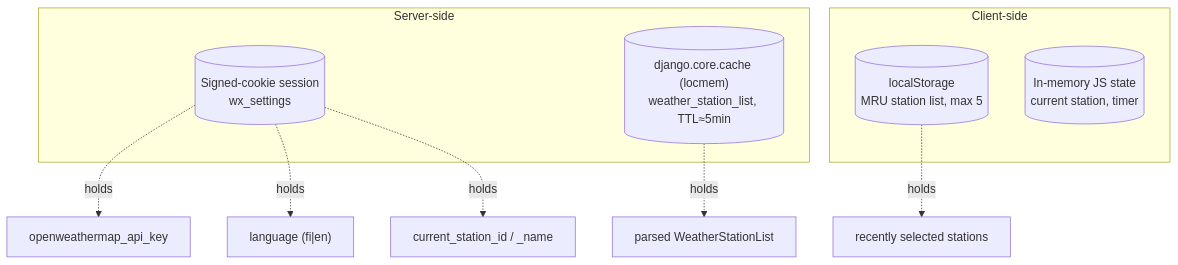
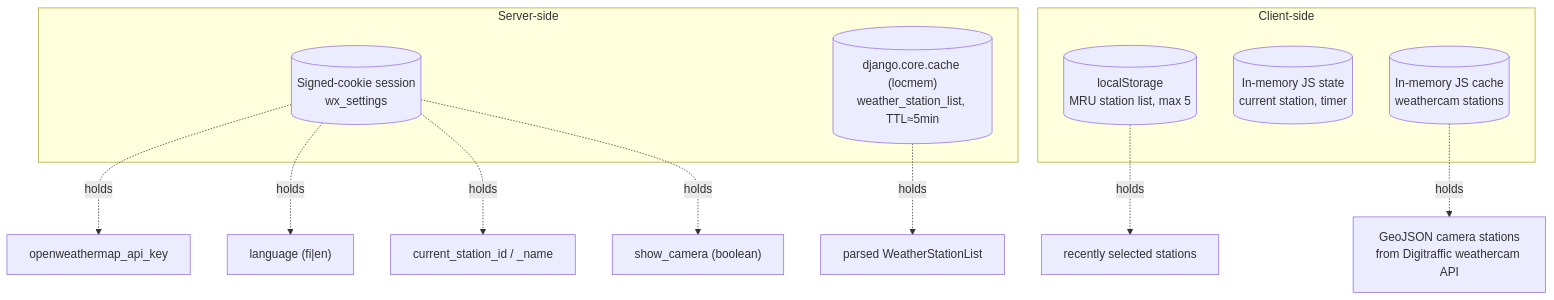
One commit to jjankkil/weatherview-django changed the seventh of 9 diagrams in docs/ARCHITECTURE.md. Above: the diagram before and after it, drawn with Mermaid. The commit also changed other lines of this file and 2 other files, not shown here.

````diff
--- a/docs/ARCHITECTURE.md
+++ b/docs/ARCHITECTURE.md
@@ -264,17 +309,20 @@
 ```mermaid
 flowchart TB
     subgraph Server-side
         S1[("Signed-cookie session<br/>wx_settings")]
         S2[("django.core.cache (locmem)<br/>weather_station_list, TTL≈5min")]
     end
     subgraph Client-side
         C1[("localStorage<br/>MRU station list, max 5")]
         C2[("In-memory JS state<br/>current station, timer")]
+        C3[("In-memory JS cache<br/>weathercam stations")]
     end
 
     S1 -.holds.-> K1["openweathermap_api_key"]
     S1 -.holds.-> K2["language (fi|en)"]
     S1 -.holds.-> K3["current_station_id / _name"]
+    S1 -.holds.-> K6["show_camera (boolean)"]
     S2 -.holds.-> K4["parsed WeatherStationList"]
     C1 -.holds.-> K5["recently selected stations"]
+    C3 -.holds.-> K7["GeoJSON camera stations<br/>from Digitraffic weathercam API"]
 ```
````
